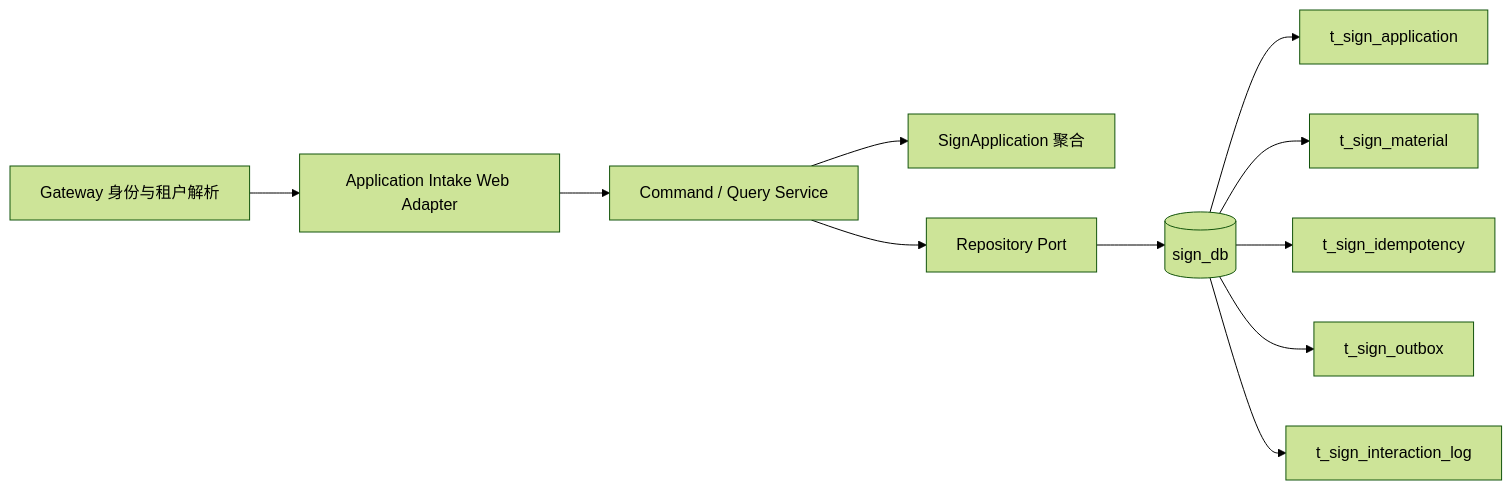
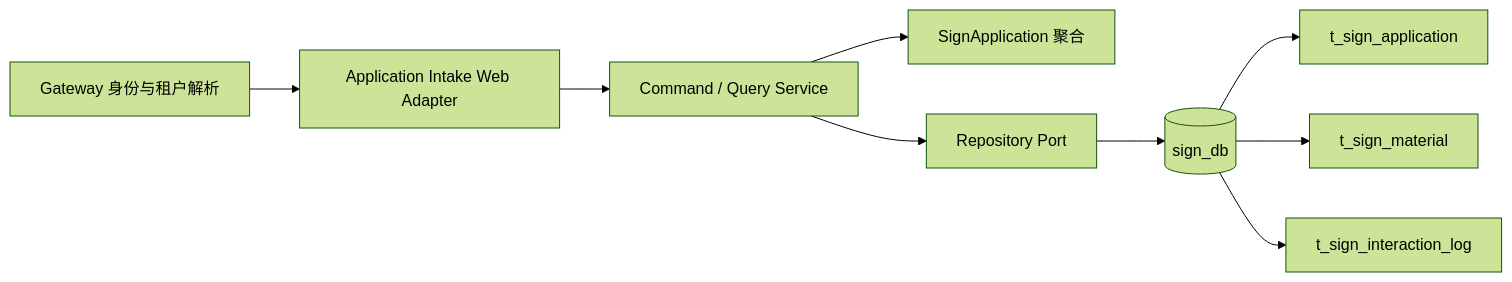
One commit to wangguangwu/claim-platform changed the first of 2 diagrams in specs/application-intake/design.md. Above: the diagram before and after it, drawn with Mermaid (forest theme). The commit also changed other lines of this file and 26 other files, not shown here.

````diff
--- a/specs/application-intake/design.md
+++ b/specs/application-intake/design.md
@@ -5,13 +5,11 @@
 ```mermaid
 flowchart LR
     GW[Gateway 身份与租户解析] --> WEB[Application Intake Web Adapter]
     WEB --> APP[Command / Query Service]
     APP --> AGG[SignApplication 聚合]
     APP --> PORT[Repository Port]
     PORT --> DB[(sign_db)]
     DB --> APP_T[t_sign_application]
     DB --> MAT_T[t_sign_material]
-    DB --> IDEM_T[t_sign_idempotency]
-    DB --> OUTBOX_T[t_sign_outbox]
     DB --> LOG_T[t_sign_interaction_log]
 ```
````
